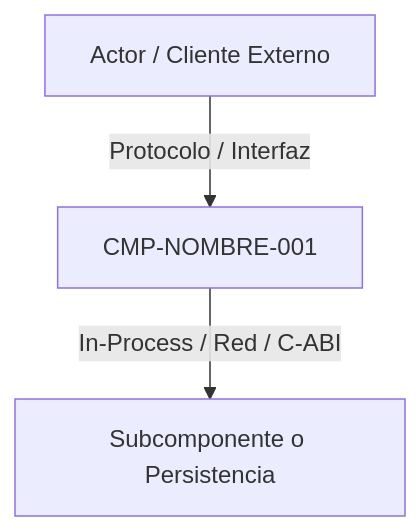
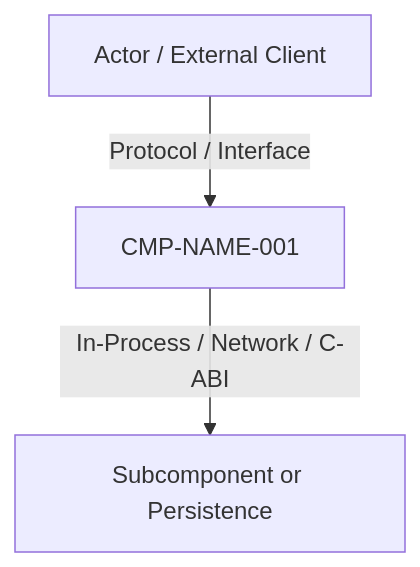
Before and after one commit to altromon/AI-SDLC: the diagram in templates/architecture/component.template.md, drawn with Mermaid. The commit also changed other lines of this file and 125 other files, not shown here.

````diff
--- a/templates/architecture/component.template.md
+++ b/templates/architecture/component.template.md
@@ -36,5 +36,5 @@
 ```mermaid
 graph TD
-    Client[Actor / Cliente Externo] -->|Protocolo / Interfaz| CMP[CMP-NOMBRE-001]
-    CMP -->|In-Process / Red / C-ABI| SubModule[Subcomponente o Persistencia]
+    Client[Actor / External Client] -->|Protocol / Interface| CMP[CMP-NAME-001]
+    CMP -->|In-Process / Network / C-ABI| SubModule[Subcomponent or Persistence]
 ```
````
